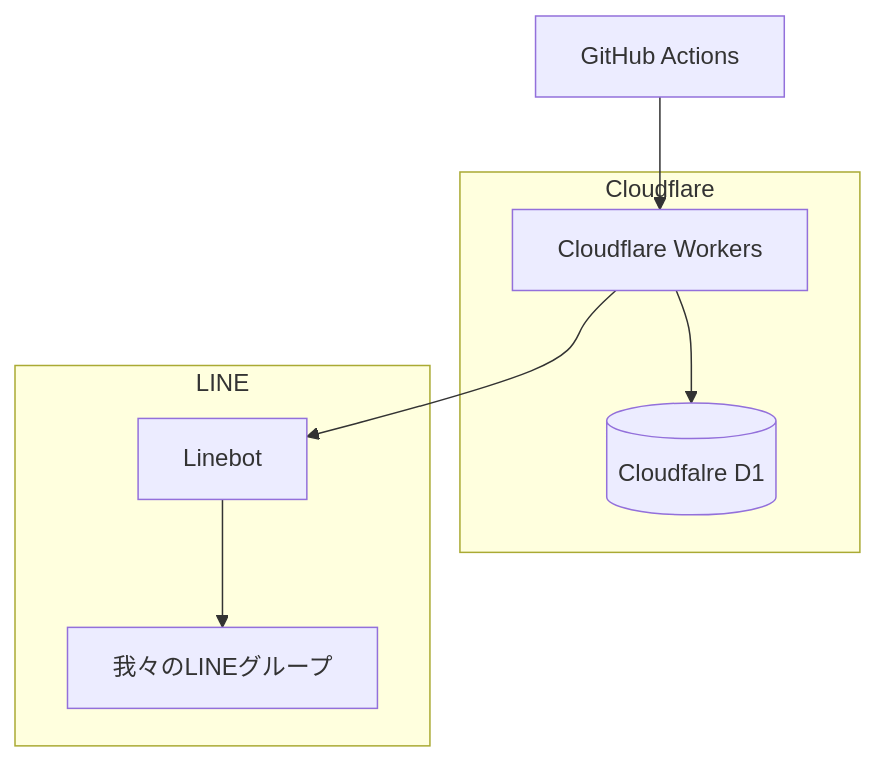
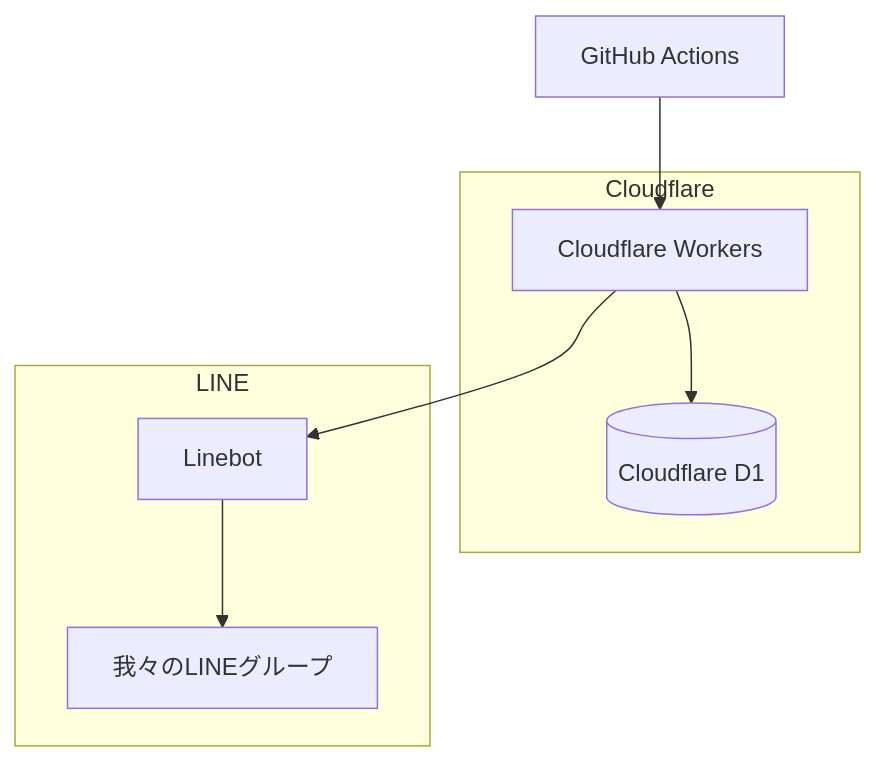
Before and after one commit to coniva-bouldering/bouldering-gym-notifier: the second of 2 diagrams in README.md, drawn with Mermaid.

Commit message:
誤字

````diff
--- a/README.md
+++ b/README.md
@@ -33,11 +33,11 @@
 ```mermaid
 flowchart TD
     actions[GitHub Actions] --> worker[Cloudflare Workers]
     subgraph Cloudflare
-        worker --> db[(Cloudfalre D1)]
+        worker --> db[(Cloudflare D1)]
     end
     subgraph LINE
         worker --> line[Linebot]
         line --> u[我々のLINEグループ]
     end
 ```
````
